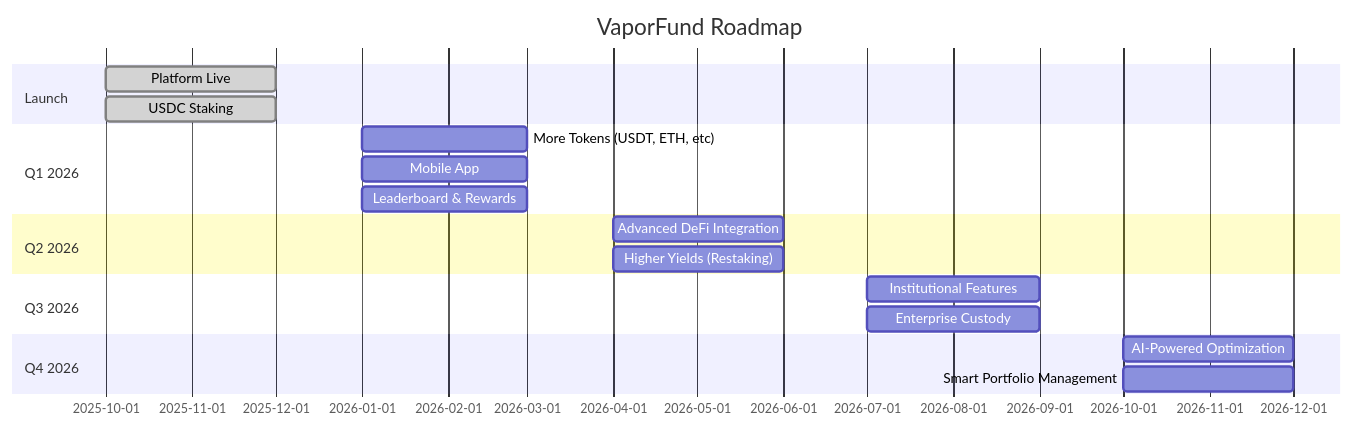
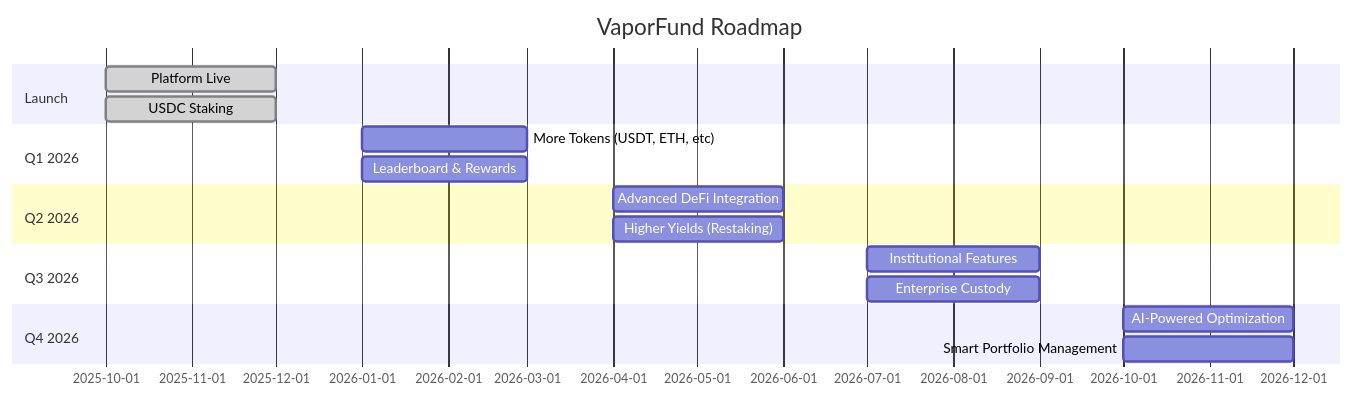
Before and after one commit to VaporFund/vapor-staking-platform-docs: the fifth of 13 diagrams in ARCHITECTURE.md, drawn with Mermaid. The commit also changed other lines of this file and 1 other file, not shown here.

First line of the commit message:
docs: enhance ARCHITECTURE.md with explanations and grayscale styling

````diff
--- a/ARCHITECTURE.md
+++ b/ARCHITECTURE.md
@@ -152,25 +152,24 @@
 ```mermaid
 gantt
     title VaporFund Roadmap
     dateFormat YYYY-MM
     section Launch
     Platform Live               :done, 2025-10, 2025-12
     USDC Staking                :done, 2025-10, 2025-12
 
     section Q1 2026
     More Tokens (USDT, ETH, etc)   :q1, 2026-01, 2026-03
-    Mobile App                 :q1, 2026-01, 2026-03
     Leaderboard & Rewards      :q1, 2026-01, 2026-03
 
     section Q2 2026
     Advanced DeFi Integration  :q2, 2026-04, 2026-06
     Higher Yields (Restaking)  :q2, 2026-04, 2026-06
 
     section Q3 2026
     Institutional Features     :q3, 2026-07, 2026-09
     Enterprise Custody         :q3, 2026-07, 2026-09
 
     section Q4 2026
     AI-Powered Optimization    :q4, 2026-10, 2026-12
     Smart Portfolio Management :q4, 2026-10, 2026-12
 ```
````
